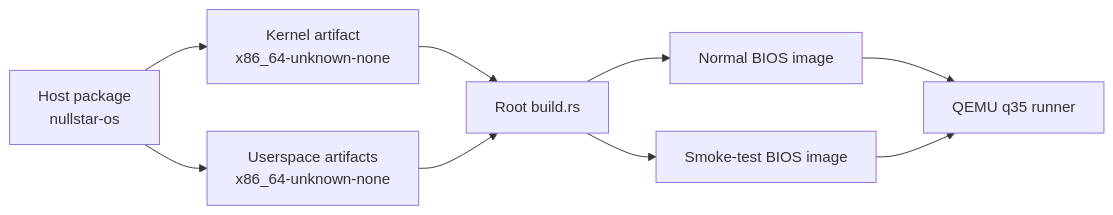
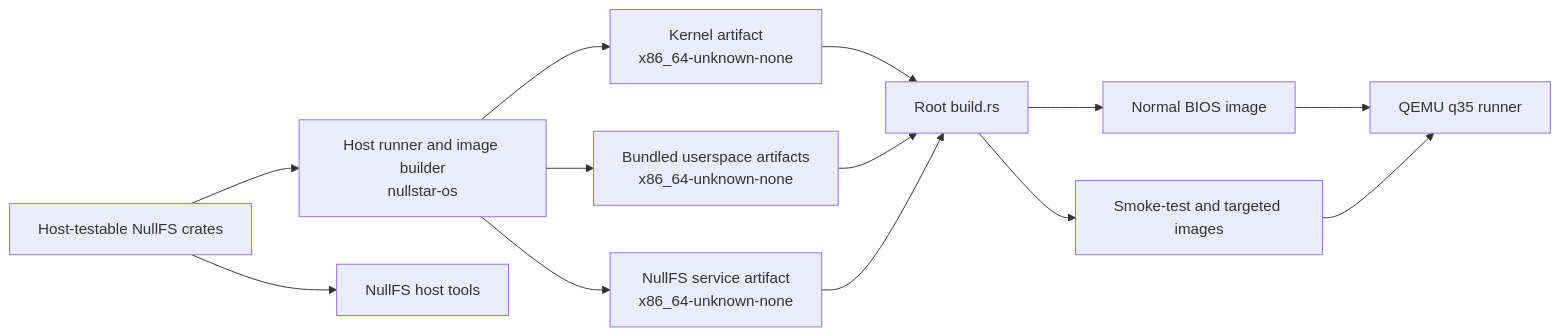
Before and after one commit to LotusPetal392/nullstar-os: the diagram in docs/architecture.md, drawn with Mermaid. The commit also changed other lines of this file, not shown here.

Commit message:
Correct current architecture documentation

````diff
--- a/docs/architecture.md
+++ b/docs/architecture.md
@@ -10,11 +18,15 @@
 ```mermaid
 flowchart LR
-    H[Host package<br/>nullstar-os] --> K[Kernel artifact<br/>x86_64-unknown-none]
-    H --> U[Userspace artifacts<br/>x86_64-unknown-none]
+    H[Host runner and image builder<br/>nullstar-os] --> K[Kernel artifact<br/>x86_64-unknown-none]
+    H --> U[Bundled userspace artifacts<br/>x86_64-unknown-none]
+    H --> F[NullFS service artifact<br/>x86_64-unknown-none]
+    C[Host-testable NullFS crates] --> H
+    C --> T[NullFS host tools]
     K --> B[Root build.rs]
     U --> B
+    F --> B
     B --> N[Normal BIOS image]
-    B --> S[Smoke-test BIOS image]
+    B --> S[Smoke-test and targeted images]
     N --> Q[QEMU q35 runner]
     S --> Q
 ```
````
